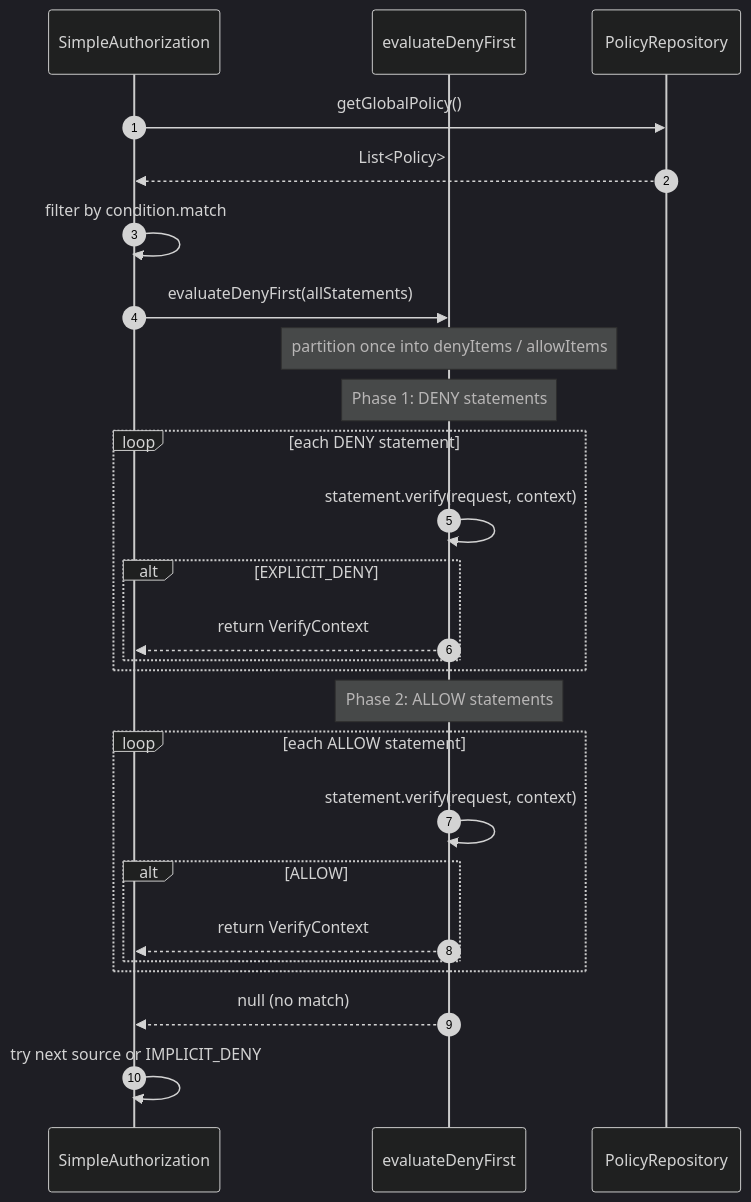
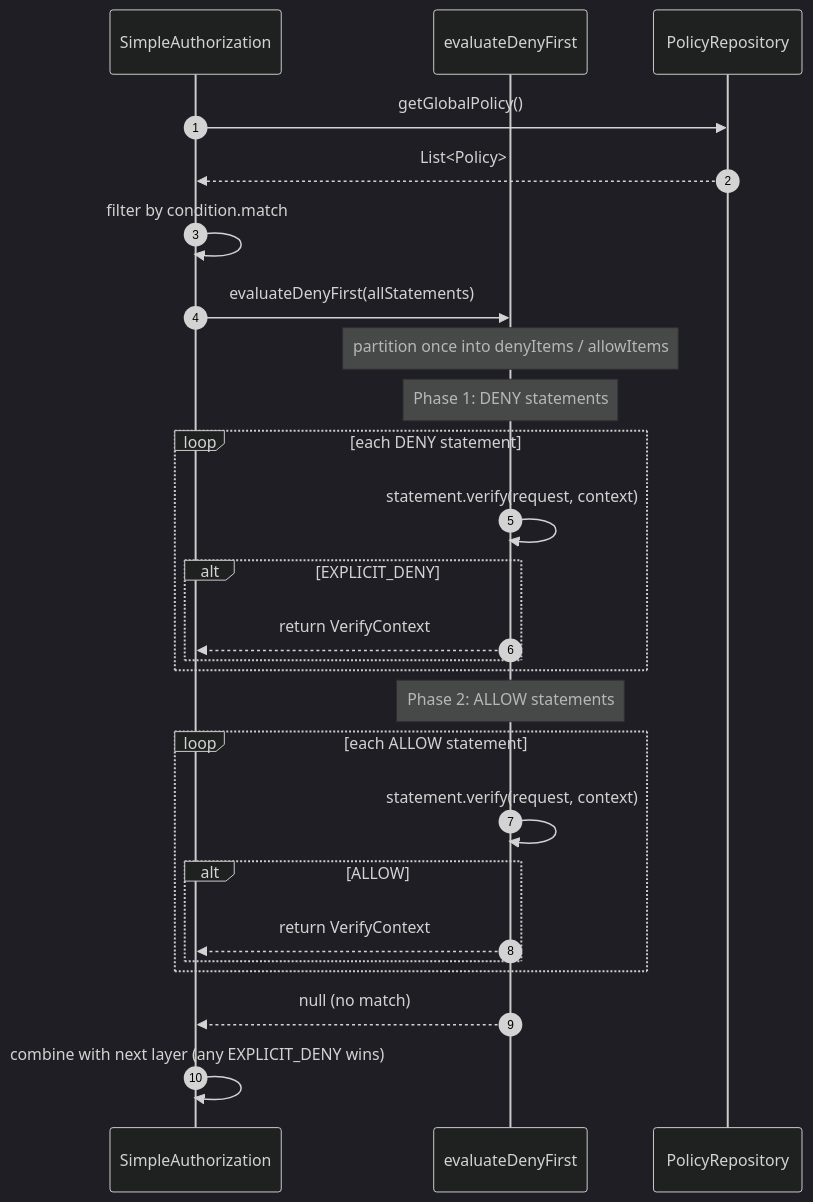
Before and after one commit to Ahoo-Wang/CoSec: the second of 3 diagrams in wiki/deep-dive/authorization/authorization-flow.md, drawn with Mermaid (dark theme). The commit also changed other lines of this file and 6 other files, not shown here.

First line of the commit message:
fix(authorization): let an explicit deny in any layer override allows from other layers

````diff
--- a/wiki/deep-dive/authorization/authorization-flow.md
+++ b/wiki/deep-dive/authorization/authorization-flow.md
@@ -128,30 +134,30 @@
 ```mermaid
 sequenceDiagram
     autonumber
     participant Auth as SimpleAuthorization
     participant Eval as evaluateDenyFirst
     participant Policy as PolicyRepository
 
     Auth->>Policy: getGlobalPolicy()
     Policy-->>Auth: List<Policy>
     Auth->>Auth: filter by condition.match
     Auth->>Eval: evaluateDenyFirst(allStatements)
     Note over Eval: partition once into denyItems / allowItems
     Note over Eval: Phase 1: DENY statements
     loop each DENY statement
         Eval->>Eval: statement.verify(request, context)
         alt EXPLICIT_DENY
             Eval-->>Auth: return VerifyContext
         end
     end
     Note over Eval: Phase 2: ALLOW statements
     loop each ALLOW statement
         Eval->>Eval: statement.verify(request, context)
         alt ALLOW
             Eval-->>Auth: return VerifyContext
         end
     end
     Eval-->>Auth: null (no match)
-    Auth->>Auth: try next source or IMPLICIT_DENY
+    Auth->>Auth: combine with next layer (any EXPLICIT_DENY wins)
 
 ```
````
